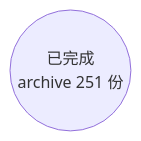
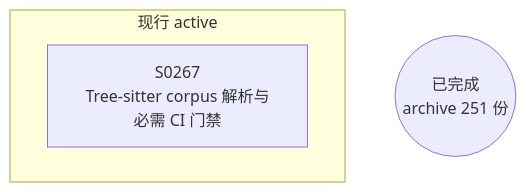
The diagram in docs/specs/dependency-graph.md (Halckon/Koven), drawn with Mermaid before and after one commit. The commit also changed other lines of this file and 21 other files, not shown here.

````diff
--- a/docs/specs/dependency-graph.md
+++ b/docs/specs/dependency-graph.md
@@ -9,4 +9,7 @@
 ```mermaid
 flowchart TD
 ARCH(("已完成<br/>archive 251 份"))
+subgraph Gactive["现行 active"]
+  S0267["S0267<br/>Tree-sitter corpus 解析与必需 CI 门禁"]
+end
 ```
````
